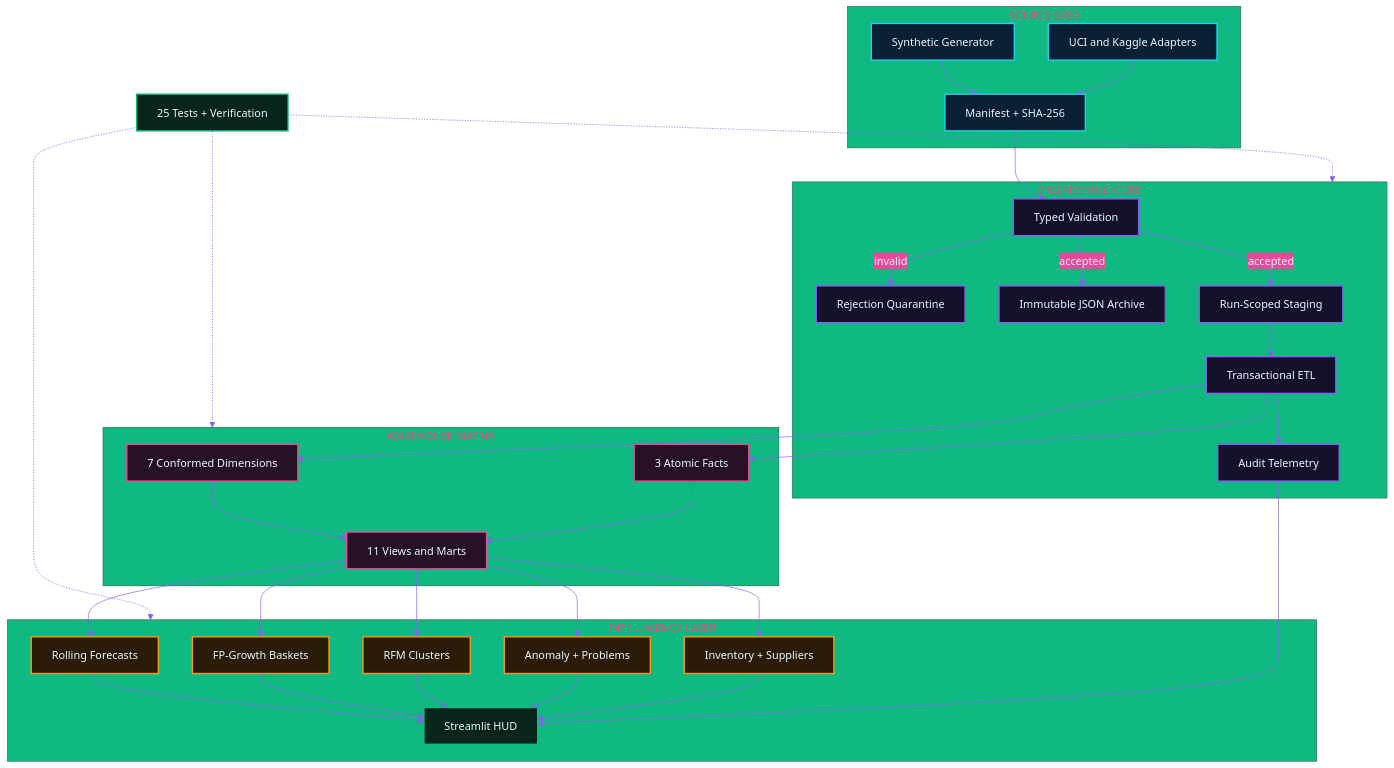
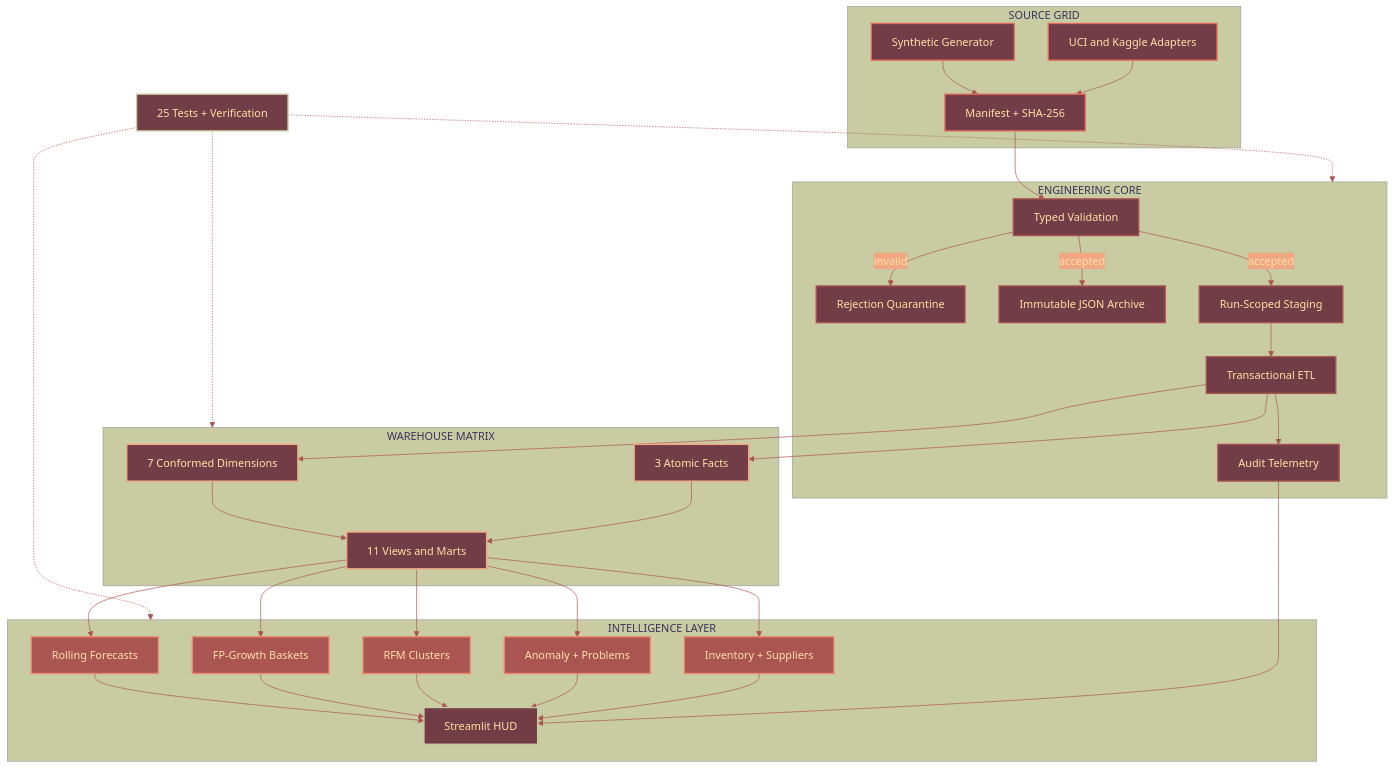
Before and after one commit to manikanta-manjunath/retail-intelligence-data-warehouse: the first of 2 diagrams in README.md, drawn with Mermaid. The commit also changed other lines of this file and 13 other files, not shown here.

````diff
--- a/README.md
+++ b/README.md
@@ -260,71 +262,71 @@
 ```mermaid
-%%{init: {'theme':'base','themeVariables': {'background':'#07111F','primaryColor':'#0B1F35','primaryTextColor':'#E6F7FF','primaryBorderColor':'#22D3EE','lineColor':'#8B5CF6','secondaryColor':'#EC4899','tertiaryColor':'#10B981','fontFamily':'monospace'}}}%%
+%%{init: {'theme':'base','themeVariables': {'background':'#472D30','primaryColor':'#723D46','primaryTextColor':'#FFE1A8','primaryBorderColor':'#E26D5C','lineColor':'#AA5551','secondaryColor':'#F1A782','tertiaryColor':'#C9CBA3','fontFamily':'monospace'}}}%%
 flowchart TB
     subgraph SRC["SOURCE GRID"]
         GEN["Synthetic Generator"]
         PUB["UCI and Kaggle Adapters"]
         MAN["Manifest + SHA-256"]
         GEN --> MAN
         PUB --> MAN
     end
 
     subgraph ENG["ENGINEERING CORE"]
         VAL["Typed Validation"]
         REJ["Rejection Quarantine"]
         ARC["Immutable JSON Archive"]
         STG["Run-Scoped Staging"]
         ETL["Transactional ETL"]
         AUD["Audit Telemetry"]
         MAN --> VAL
         VAL -->|invalid| REJ
         VAL -->|accepted| ARC
         VAL -->|accepted| STG
         STG --> ETL
         ETL --> AUD
     end
 
     subgraph DW["WAREHOUSE MATRIX"]
         DIM["7 Conformed Dimensions"]
         FACT["3 Atomic Facts"]
         MART["11 Views and Marts"]
         ETL --> DIM
         ETL --> FACT
         DIM --> MART
         FACT --> MART
     end
 
     subgraph AI["INTELLIGENCE LAYER"]
         FC["Rolling Forecasts"]
         MB["FP-Growth Baskets"]
         RFM["RFM Clusters"]
         AN["Anomaly + Problems"]
         OPS["Inventory + Suppliers"]
         DASH["Streamlit HUD"]
         MART --> FC
         MART --> MB
         MART --> RFM
         MART --> AN
         MART --> OPS
         FC --> DASH
         MB --> DASH
         RFM --> DASH
         AN --> DASH
         OPS --> DASH
         AUD --> DASH
     end
 
     QA["25 Tests + Verification"] -.-> ENG
     QA -.-> DW
     QA -.-> AI
 
-    classDef cyan fill:#0B1F35,stroke:#22D3EE,color:#E6F7FF,stroke-width:2px;
-    classDef violet fill:#15112C,stroke:#8B5CF6,color:#E6F7FF,stroke-width:2px;
-    classDef magenta fill:#261127,stroke:#EC4899,color:#E6F7FF,stroke-width:2px;
-    classDef amber fill:#2B1C08,stroke:#F59E0B,color:#E6F7FF,stroke-width:2px;
-    classDef green fill:#08251C,stroke:#10B981,color:#E6F7FF,stroke-width:2px;
-    class GEN,PUB,MAN cyan;
-    class VAL,REJ,ARC,STG,ETL,AUD violet;
-    class DIM,FACT,MART magenta;
-    class FC,MB,RFM,AN,OPS amber;
-    class DASH,QA green;
+    classDef coral fill:#723D46,stroke:#E26D5C,color:#FFE1A8,stroke-width:2px;
+    classDef clay fill:#723D46,stroke:#AA5551,color:#FFE1A8,stroke-width:2px;
+    classDef tangerine fill:#723D46,stroke:#F1A782,color:#FFE1A8,stroke-width:2px;
+    classDef salmon fill:#AA5551,stroke:#EA8A6F,color:#FFE1A8,stroke-width:2px;
+    classDef sage fill:#723D46,stroke:#C9CBA3,color:#FFE1A8,stroke-width:2px;
+    class GEN,PUB,MAN coral;
+    class VAL,REJ,ARC,STG,ETL,AUD clay;
+    class DIM,FACT,MART tangerine;
+    class FC,MB,RFM,AN,OPS salmon;
+    class DASH,QA sage;
 ```
````
